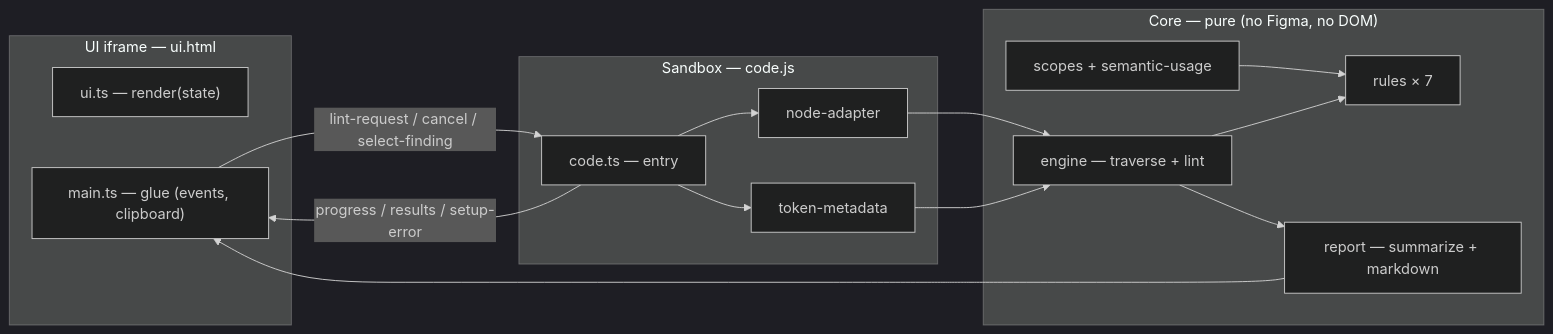
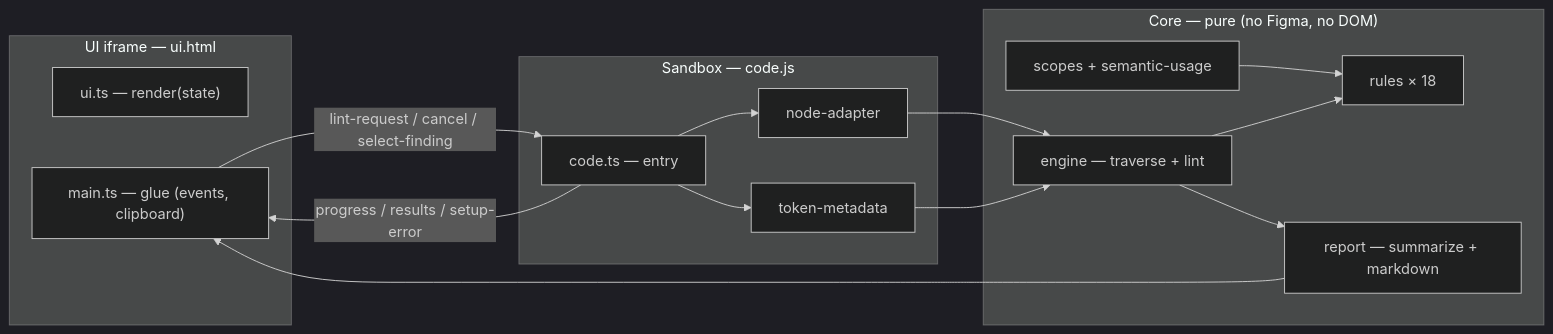
Before and after one commit to Infomaniak/design-system: the diagram in packages/figma/figma-plugin-linter/README.md, drawn with Mermaid (dark theme). The commit also changed other lines of this file and 47 other files, not shown here.

````diff
--- a/packages/figma/figma-plugin-linter/README.md
+++ b/packages/figma/figma-plugin-linter/README.md
@@ -124,31 +150,31 @@
 ```mermaid
 flowchart LR
     subgraph Iframe["UI iframe — ui.html"]
         Render["ui.ts — render(state)"]
         Main["main.ts — glue (events, clipboard)"]
     end
 
     subgraph Sandbox["Sandbox — code.js"]
         Entry["code.ts — entry"]
         Adapter["node-adapter"]
         Metadata["token-metadata"]
     end
 
     subgraph Core["Core — pure (no Figma, no DOM)"]
         Engine["engine — traverse + lint"]
-        Rules["rules × 7"]
+        Rules["rules × 18"]
         Helpers["scopes + semantic-usage"]
         Report["report — summarize + markdown"]
     end
 
     Main -- "lint-request / cancel / select-finding" --> Entry
     Entry -- "progress / results / setup-error" --> Main
     Entry --> Adapter
     Entry --> Metadata
     Adapter --> Engine
     Metadata --> Engine
     Helpers --> Rules
     Engine --> Rules
     Engine --> Report
     Report --> Main
 ```
````
